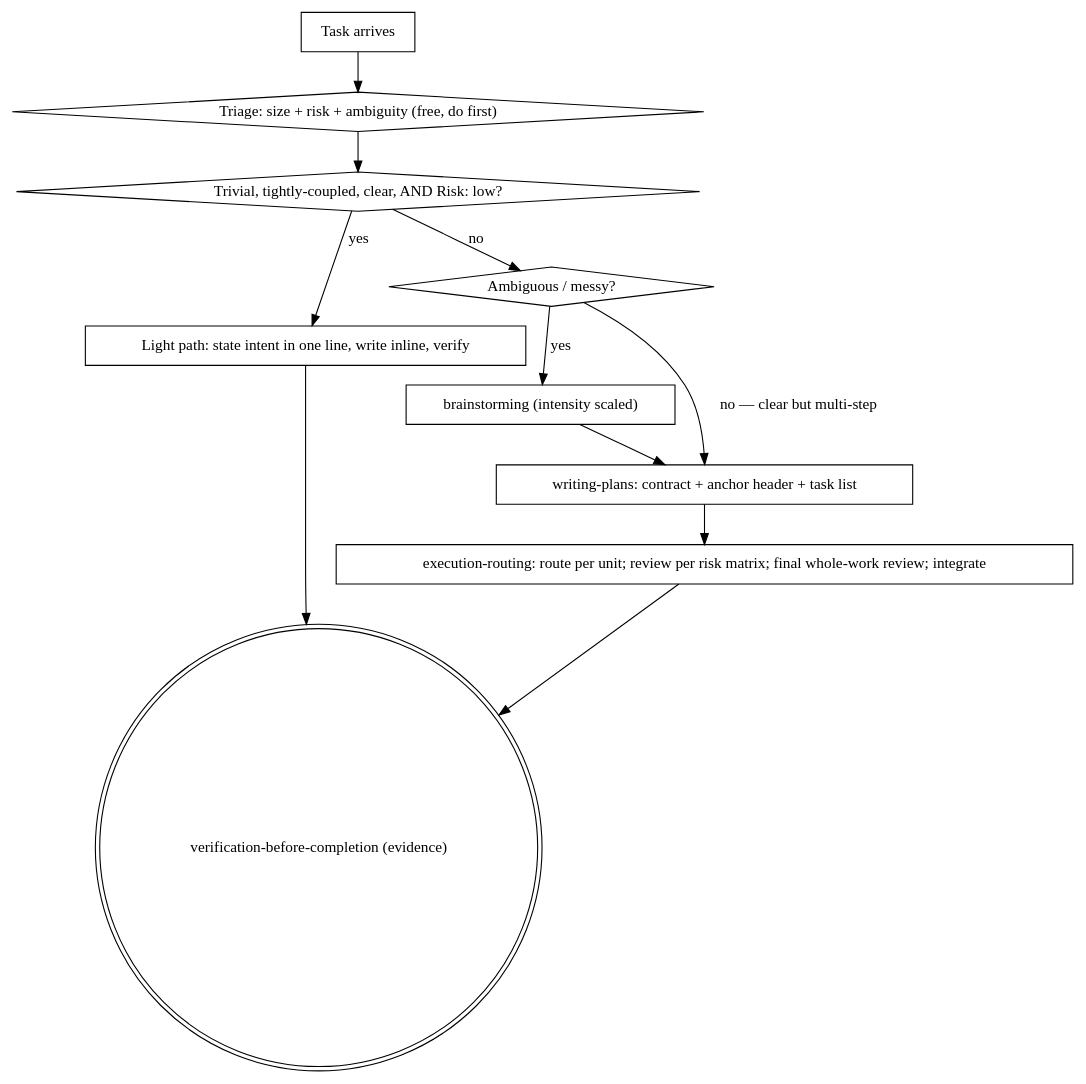
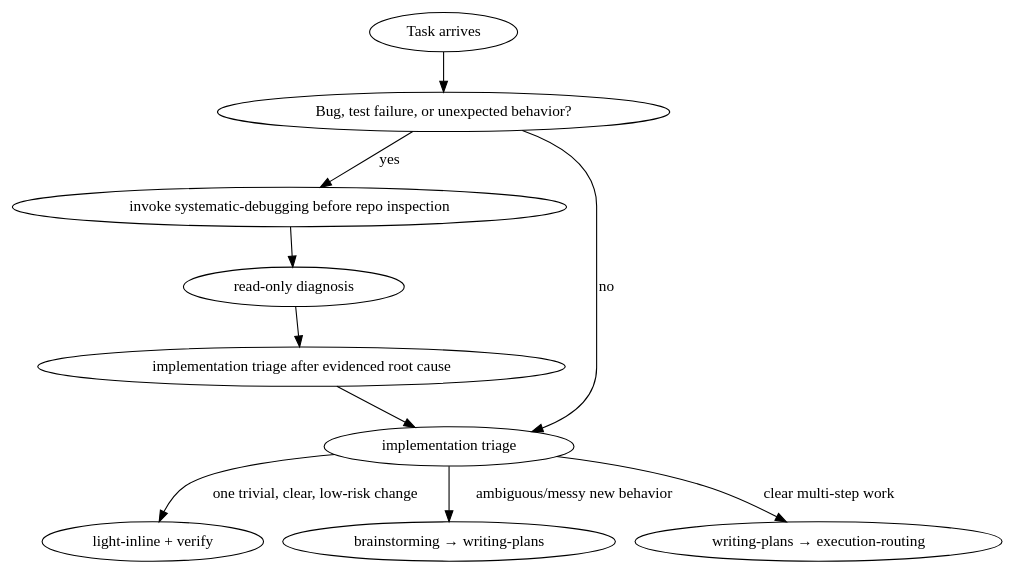
Before and after one commit to gencberke/cost-oriented-agentic-workflow: the diagram in skills/using-cost-oriented-workflow/SKILL.md, drawn with Graphviz. The commit also changed other lines of this file and 7 other files, not shown here.

````diff
--- a/skills/using-cost-oriented-workflow/SKILL.md
+++ b/skills/using-cost-oriented-workflow/SKILL.md
@@ -31,24 +38,13 @@
 ```dot
 digraph flow {
-    "Task arrives" [shape=box];
-    "Triage: size + risk + ambiguity (free, do first)" [shape=diamond];
-    "Trivial, tightly-coupled, clear, AND Risk: low?" [shape=diamond];
-    "Light path: state intent in one line, write inline, verify" [shape=box];
-    "Ambiguous / messy?" [shape=diamond];
-    "brainstorming (intensity scaled)" [shape=box];
-    "writing-plans: contract + anchor header + task list" [shape=box];
-    "execution-routing: route per unit; review per risk matrix; final whole-work review; integrate" [shape=box];
-    "verification-before-completion (evidence)" [shape=doublecircle];
-
-    "Task arrives" -> "Triage: size + risk + ambiguity (free, do first)";
-    "Triage: size + risk + ambiguity (free, do first)" -> "Trivial, tightly-coupled, clear, AND Risk: low?";
-    "Trivial, tightly-coupled, clear, AND Risk: low?" -> "Light path: state intent in one line, write inline, verify" [label="yes"];
-    "Trivial, tightly-coupled, clear, AND Risk: low?" -> "Ambiguous / messy?" [label="no"];
-    "Ambiguous / messy?" -> "brainstorming (intensity scaled)" [label="yes"];
-    "Ambiguous / messy?" -> "writing-plans: contract + anchor header + task list" [label="no — clear but multi-step"];
-    "brainstorming (intensity scaled)" -> "writing-plans: contract + anchor header + task list";
-    "writing-plans: contract + anchor header + task list" -> "execution-routing: route per unit; review per risk matrix; final whole-work review; integrate";
-    "execution-routing: route per unit; review per risk matrix; final whole-work review; integrate" -> "verification-before-completion (evidence)";
-    "Light path: state intent in one line, write inline, verify" -> "verification-before-completion (evidence)";
+    "Task arrives" -> "Bug, test failure, or unexpected behavior?";
+    "Bug, test failure, or unexpected behavior?" -> "invoke systematic-debugging before repo inspection" [label="yes"];
+    "invoke systematic-debugging before repo inspection" -> "read-only diagnosis";
+    "read-only diagnosis" -> "implementation triage after evidenced root cause";
+    "Bug, test failure, or unexpected behavior?" -> "implementation triage" [label="no"];
+    "implementation triage after evidenced root cause" -> "implementation triage";
+    "implementation triage" -> "light-inline + verify" [label="one trivial, clear, low-risk change"];
+    "implementation triage" -> "brainstorming → writing-plans" [label="ambiguous/messy new behavior"];
+    "implementation triage" -> "writing-plans → execution-routing" [label="clear multi-step work"];
 }
 ```
````
